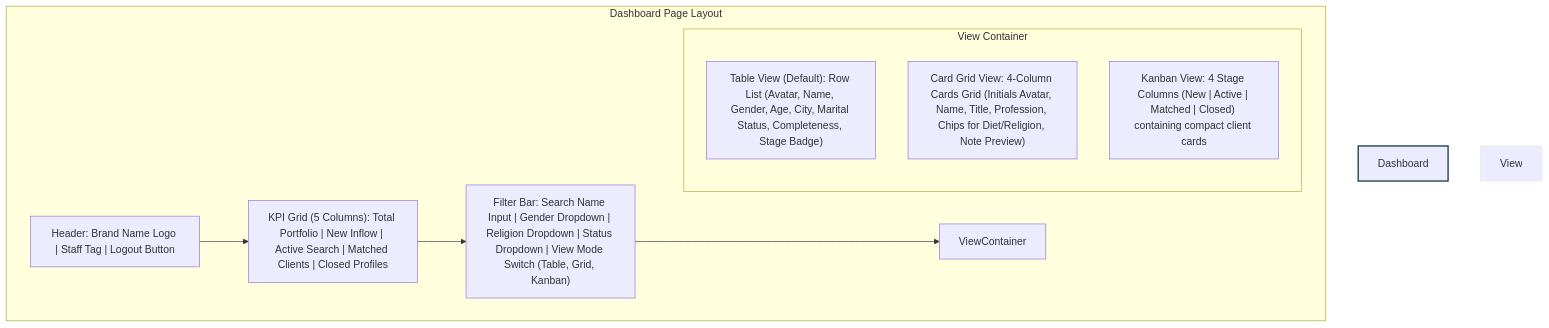
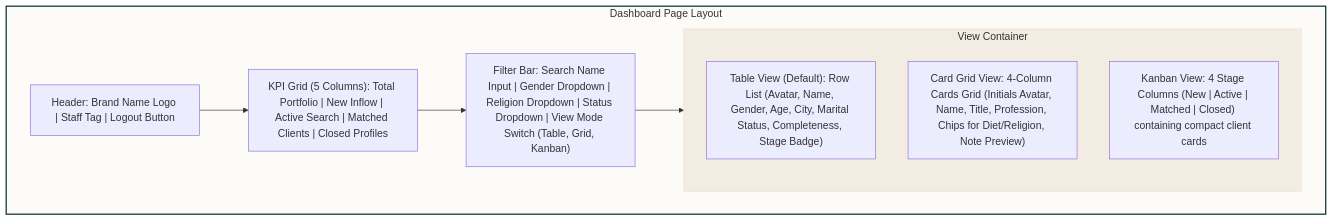
One commit to anjalii40/TDC-Matchmaker changed the third of 4 diagrams in README.md. Above: the diagram before and after it, drawn with Mermaid. The commit also changed other lines of this file and 65 other files, not shown here.

````diff
--- a/README.md
+++ b/README.md
@@ -136,20 +148,20 @@
 ```mermaid
 graph TD
-    subgraph Dashboard Page Layout
+    subgraph DashboardPageLayout ["Dashboard Page Layout"]
         Header["Header: Brand Name Logo | Staff Tag | Logout Button"]
         KPIs["KPI Grid (5 Columns): Total Portfolio | New Inflow | Active Search | Matched Clients | Closed Profiles"]
         Filters["Filter Bar: Search Name Input | Gender Dropdown | Religion Dropdown | Status Dropdown | View Mode Switch (Table, Grid, Kanban)"]
         
-        subgraph View Container
+        subgraph ViewContainer ["View Container"]
             Table["Table View (Default): Row List (Avatar, Name, Gender, Age, City, Marital Status, Completeness, Stage Badge)"]
             Grid["Card Grid View: 4-Column Cards Grid (Initials Avatar, Name, Title, Profession, Chips for Diet/Religion, Note Preview)"]
             Kanban["Kanban View: 4 Stage Columns (New | Active | Matched | Closed) containing compact client cards"]
         end
         
         Header --> KPIs
         KPIs --> Filters
         Filters --> ViewContainer
     end
-    style Dashboard Page Layout fill:#fdfbf7,stroke:#163b40,stroke-width:2px
-    style View Container fill:#f3ece3,stroke:#e8e2da
+    style DashboardPageLayout fill:#fdfbf7,stroke:#163b40,stroke-width:2px
+    style ViewContainer fill:#f3ece3,stroke:#e8e2da
 ```
````
